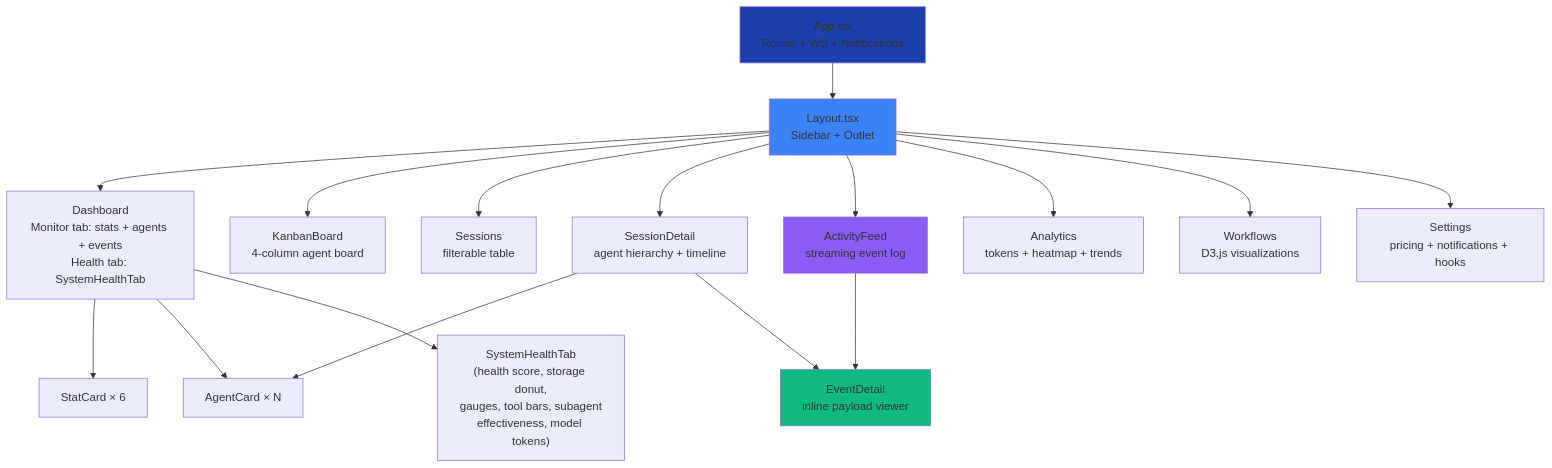
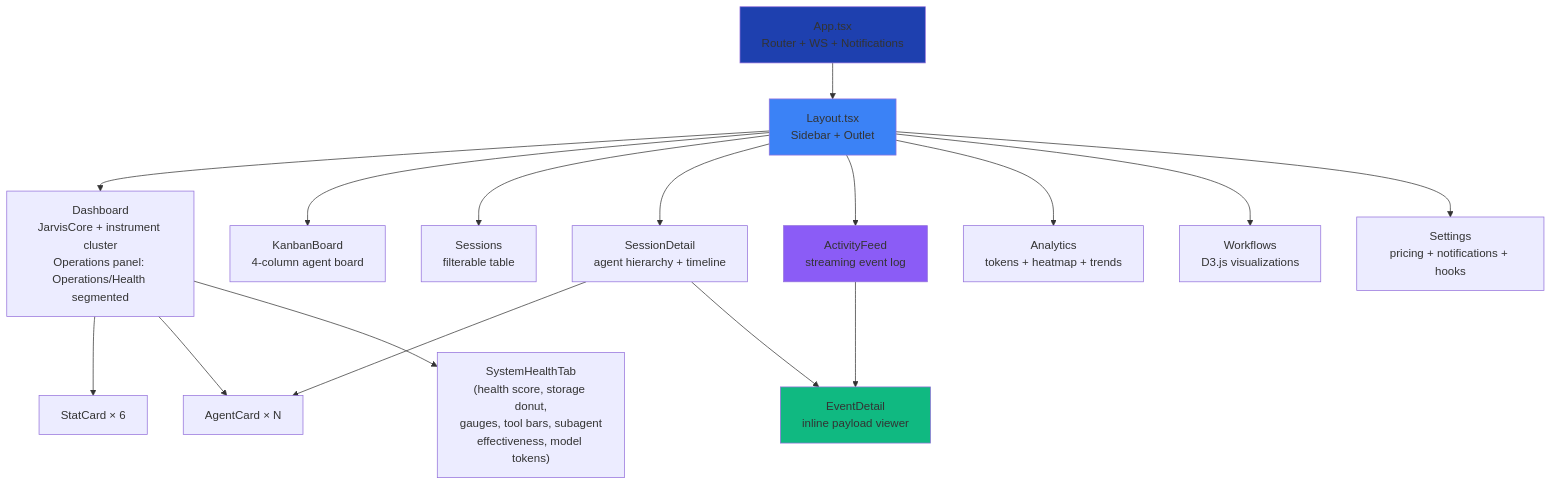
One commit to MrZarrar/Jarvis-Sub-Agent-Dashboard changed the third of 19 diagrams in client/README.md. Above: the diagram before and after it, drawn with Mermaid. The commit also changed 15 other files, not shown here.

First line of the commit message:
Redesign the home page: graphical instrument cluster, one Operations panel, mobile bottom tab bar (Phase B)

````diff
--- a/client/README.md
+++ b/client/README.md
@@ -224,29 +224,29 @@
 ```mermaid
 graph TB
     App[App.tsx<br/>Router + WS + Notifications]
     Layout[Layout.tsx<br/>Sidebar + Outlet]
 
-    Dashboard[Dashboard<br/>Monitor tab: stats + agents + events<br/>Health tab: SystemHealthTab]
+    Dashboard[Dashboard<br/>JarvisCore + instrument cluster<br/>Operations panel: Operations/Health segmented]
     Kanban[KanbanBoard<br/>4-column agent board]
     Sessions[Sessions<br/>filterable table]
     Detail[SessionDetail<br/>agent hierarchy + timeline]
     Feed[ActivityFeed<br/>streaming event log]
     Analytics[Analytics<br/>tokens + heatmap + trends]
     Workflows[Workflows<br/>D3.js visualizations]
     Settings[Settings<br/>pricing + notifications + hooks]
 
     App --> Layout
     Layout --> Dashboard & Kanban & Sessions & Detail & Feed & Analytics & Workflows & Settings
 
     Dashboard --> StatCard[StatCard × 6]
     Dashboard --> AgentCard[AgentCard × N]
     Dashboard --> HealthTab["SystemHealthTab<br/>(health score, storage donut,<br/>gauges, tool bars, subagent<br/>effectiveness, model tokens)"]
     Detail --> AgentCard
     Feed --> EventDetail[EventDetail<br/>inline payload viewer]
     Detail --> EventDetail
 
     style App fill:#1E40AF
     style Layout fill:#3B82F6
     style Feed fill:#8B5CF6
     style EventDetail fill:#10B981
 ```
````
